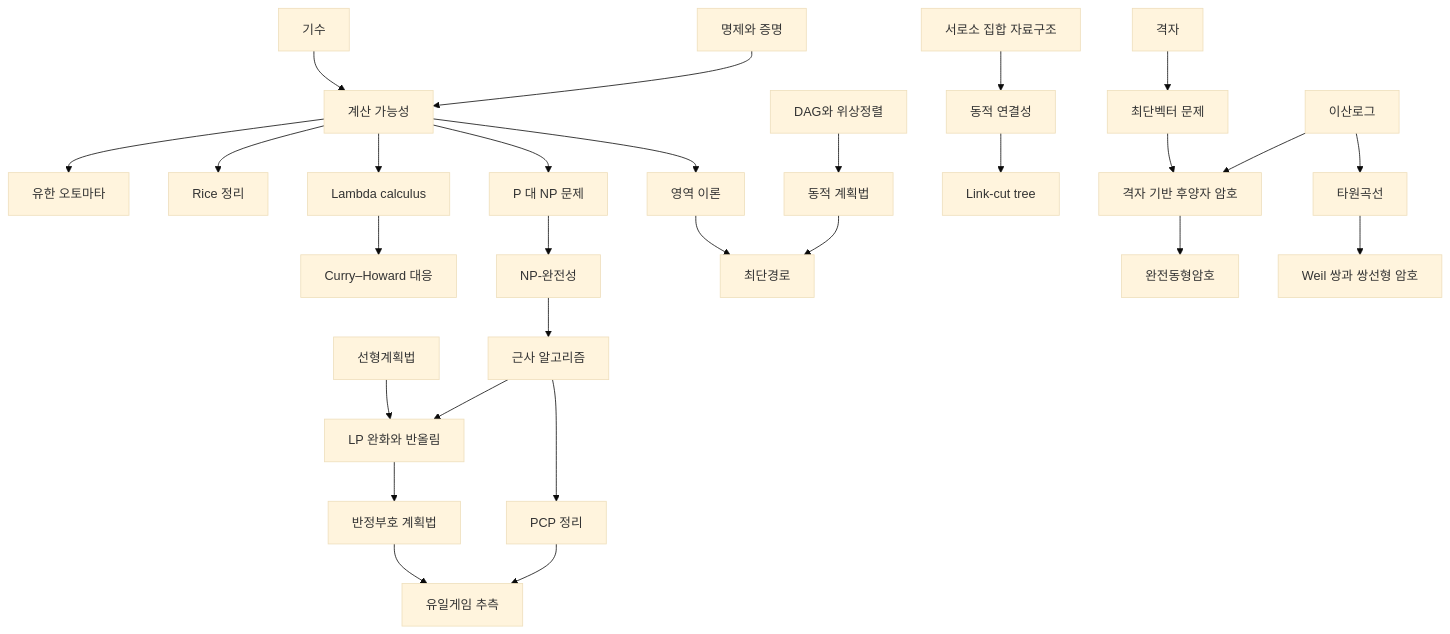
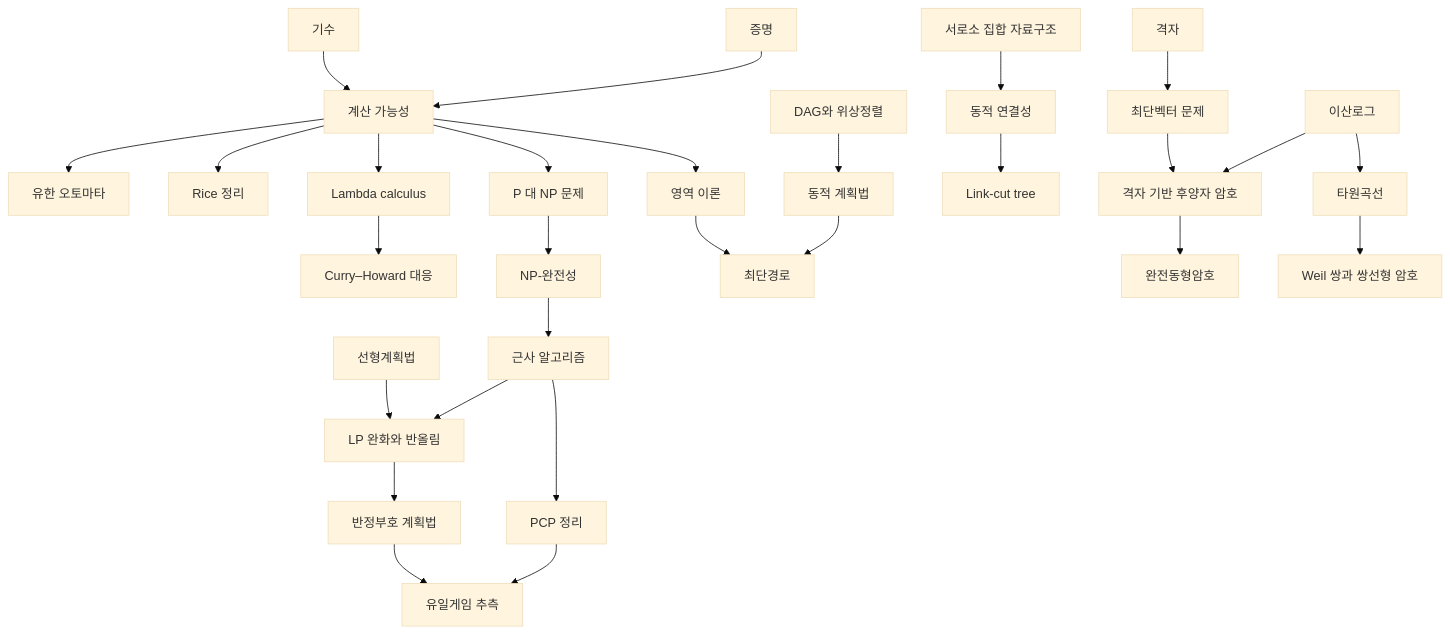
The diagram in docs/computation-overview.md (Phryxia/math-map), drawn with Mermaid (base theme) before and after one commit. The commit also changed other lines of this file and 11 other files, not shown here.

````diff
--- a/docs/computation-overview.md
+++ b/docs/computation-overview.md
@@ -13,30 +13,30 @@
 ```mermaid
 graph TD
-  PF["명제와 증명"] --> CB["계산 가능성"]
+  PF["증명"] --> CB["계산 가능성"]
   CA["기수"] --> CB
   CB --> FA["유한 오토마타"]
   CB --> RT["Rice 정리"]
   CB --> LC["Lambda calculus"]
   CB --> DT["영역 이론"]
   LC --> CH["Curry–Howard 대응"]
   CB --> PN["P 대 NP 문제"]
   PN --> NPC["NP-완전성"]
   NPC --> AA["근사 알고리즘"]
   AA --> LPR["LP 완화와 반올림"]
   AA --> PCP["PCP 정리"]
   PCP --> UG["유일게임 추측"]
   LP["선형계획법"] --> LPR
   LPR --> SDP["반정부호 계획법"]
   SDP --> UG
   DAG["DAG와 위상정렬"] --> DP["동적 계획법"]
   DP --> SP["최단경로"]
   DT --> SP
   UF["서로소 집합 자료구조"] --> DC["동적 연결성"]
   DC --> LCT["Link-cut tree"]
   DL["이산로그"] --> PQ["격자 기반 후양자 암호"]
   LA["격자"] --> SVP["최단벡터 문제"]
   SVP --> PQ
   PQ --> HE["완전동형암호"]
   DL --> EC["타원곡선"]
   EC --> PBC["Weil 쌍과 쌍선형 암호"]
 ```
````
